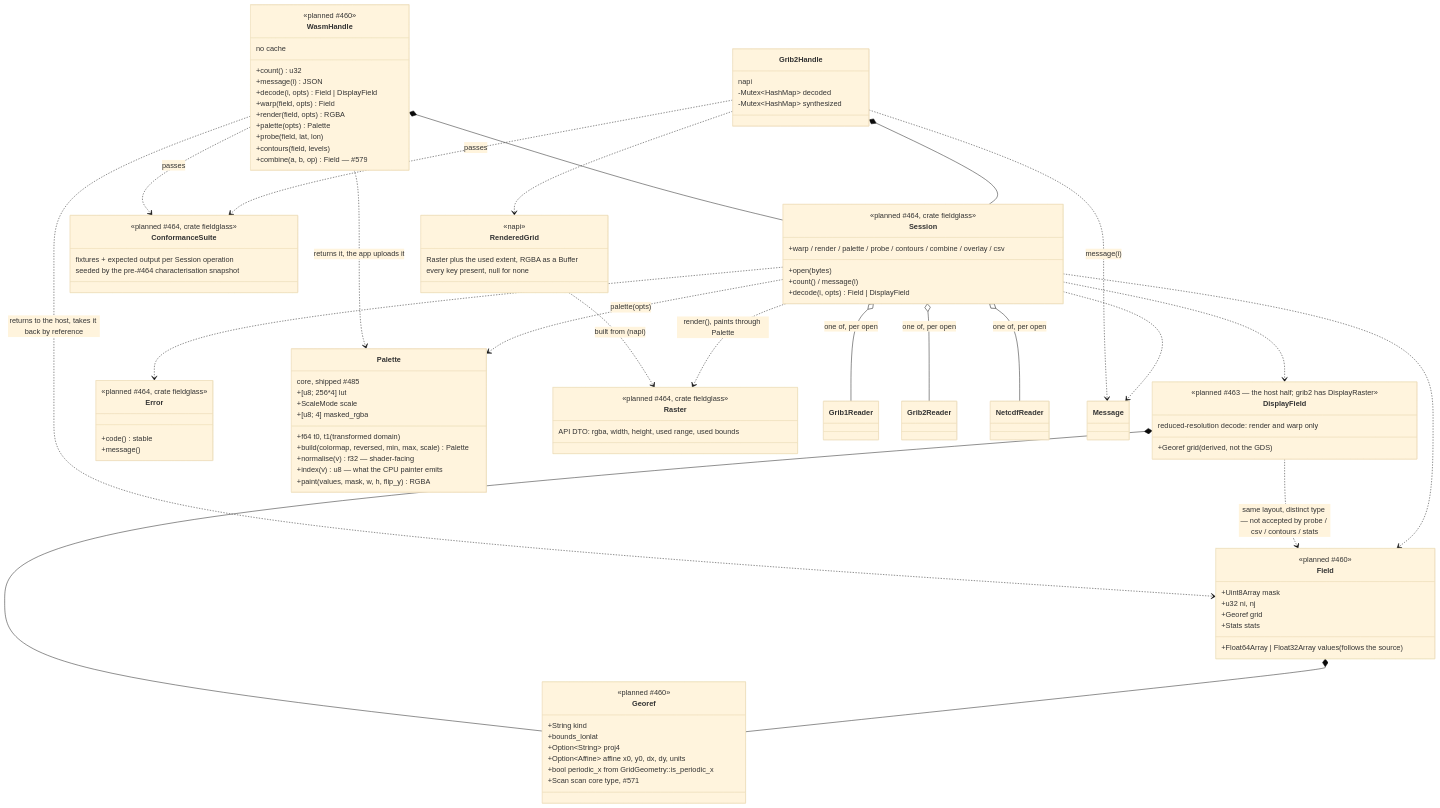
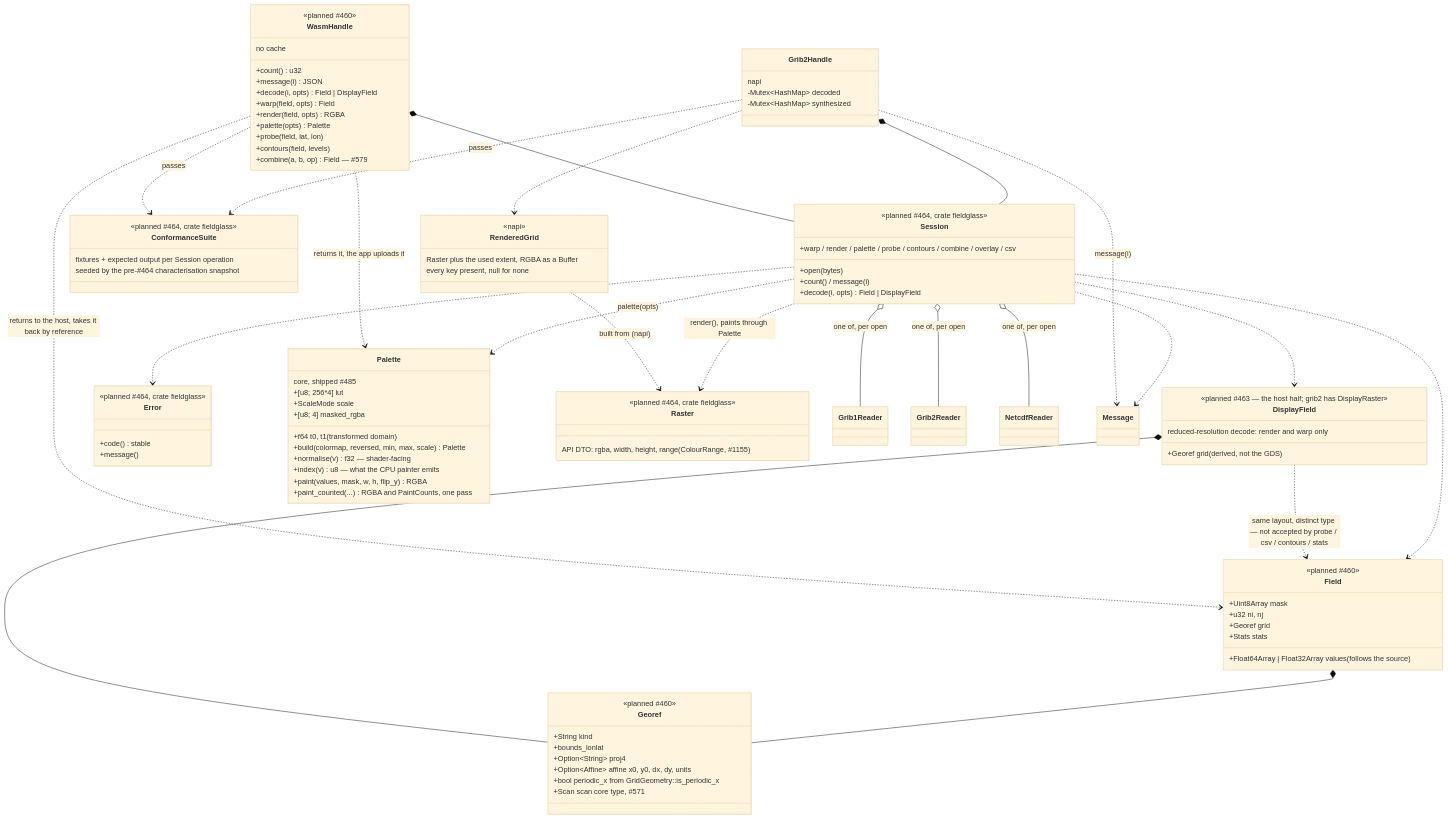
One commit to D0ubleD0uble/fieldglass changed the fourth of 4 diagrams in docs/architecture/planned/03-composition.md. Above: the diagram before and after it, drawn with Mermaid (base theme). The commit also changed other lines of this file and 3 other files, not shown here.

First line of the commit message:
docs: the one colour-range rule in the changelog, the test plan and the plan

```diff
--- a/docs/architecture/planned/03-composition.md
+++ b/docs/architecture/planned/03-composition.md
@@ -293,6 +293,7 @@
         +normalise(v) f32 — shader-facing
         +index(v) u8 — what the CPU painter emits
         +paint(values, mask, w, h, flip_y) RGBA
+        +paint_counted(...) RGBA and PaintCounts, one pass
     }
     class RenderedGrid {
         <<napi>>
@@ -301,7 +302,7 @@
     }
     class Raster {
         <<planned #464, crate fieldglass>>
-        API DTO: rgba, width, height, used range, used bounds
+        API DTO: rgba, width, height, range (ColourRange, #1155)
     }
     Grib2Handle *-- Session
     WasmHandle *-- Session
```
